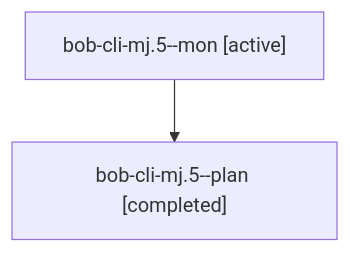
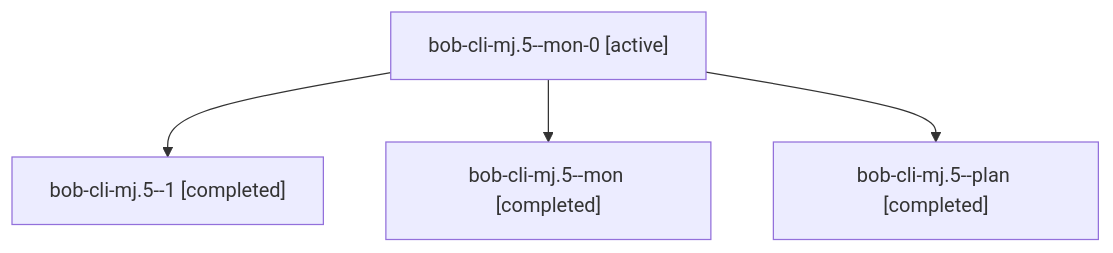
The diagram in sessions/bbugyi200.athena.bob-cli-mj.5.md (bobs-org/bob-cli--agents), drawn with Mermaid before and after one commit. The commit also changed other lines of this file and 29 other files, not shown here.

````diff
--- a/sessions/bbugyi200.athena.bob-cli-mj.5.md
+++ b/sessions/bbugyi200.athena.bob-cli-mj.5.md
@@ -9,6 +9,10 @@
 ```mermaid
 flowchart TD
-  n0["bob-cli-mj.5--mon [active]"]
-  n1["bob-cli-mj.5--plan [completed]"]
+  n0["bob-cli-mj.5--mon-0 [active]"]
+  n1["bob-cli-mj.5--1 [completed]"]
   n0 --> n1
+  n2["bob-cli-mj.5--mon [completed]"]
+  n0 --> n2
+  n3["bob-cli-mj.5--plan [completed]"]
+  n0 --> n3
 ```
````
